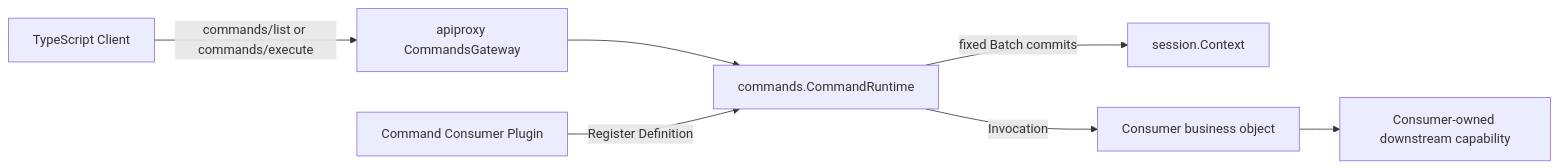
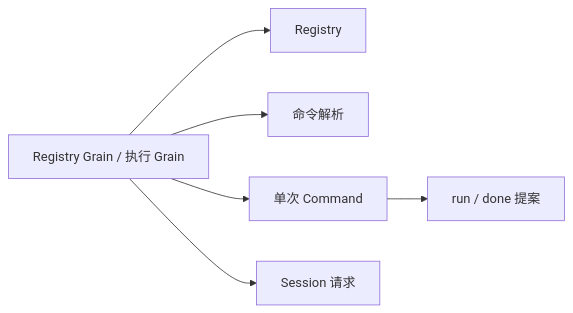
One commit to gorenx/goren changed the diagram in commands/README.zh-CN.md. Above: the diagram before and after it, drawn with Mermaid. The commit also changed other lines of this file and 7 other files, not shown here.

````diff
--- a/commands/README.zh-CN.md
+++ b/commands/README.zh-CN.md
@@ -21,9 +22,8 @@
 ```mermaid
 flowchart LR
-    CLIENT[TypeScript Client] -->|commands/list or commands/execute| API[apiproxy CommandsGateway]
-    API --> REG[commands.CommandRuntime]
-    PLUGIN[Command Consumer Plugin] -->|Register Definition| REG
-    REG -->|fixed Batch commits| SESSION[session.Context]
-    REG -->|Invocation| BUSINESS[Consumer business object]
-    BUSINESS --> CAP[Consumer-owned downstream capability]
+ Actor[Registry Grain / 执行 Grain] --> Registry
+ Actor --> Parse[命令解析]
+ Actor --> Command[单次 Command]
+ Command --> Facts[run / done 提案]
+ Actor --> Session[Session 请求]
 ```
````
